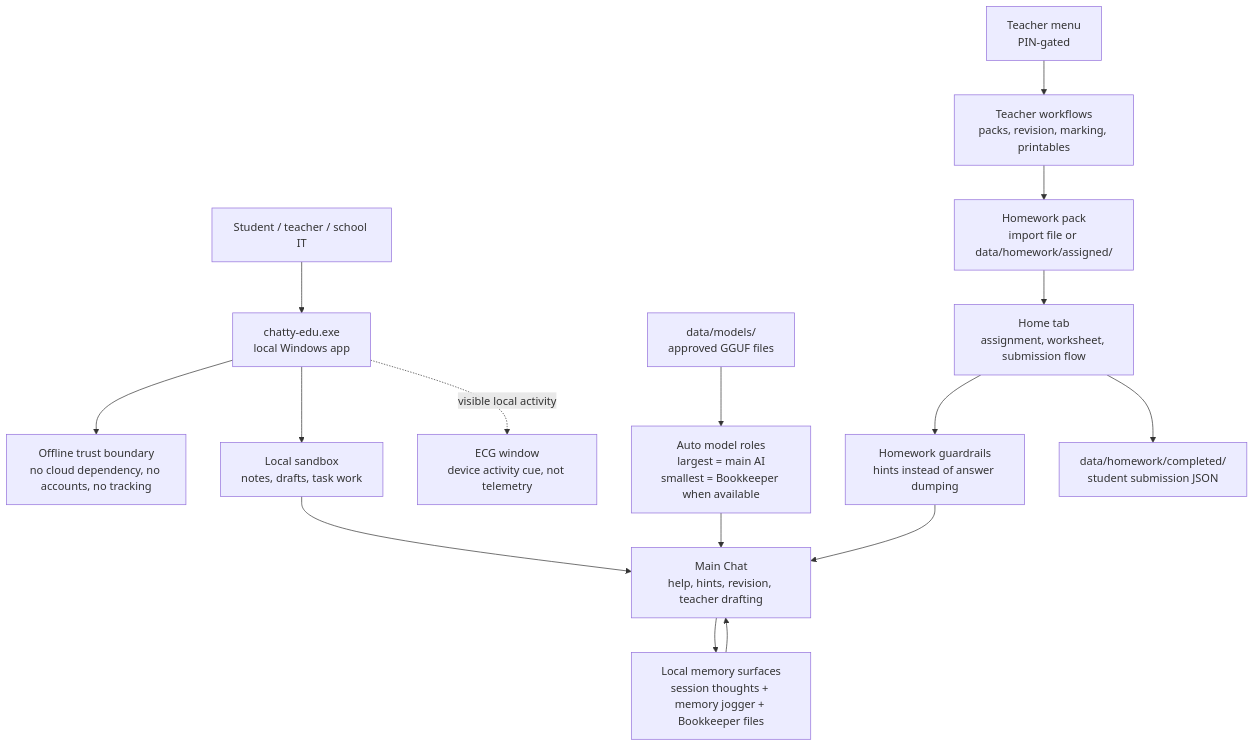
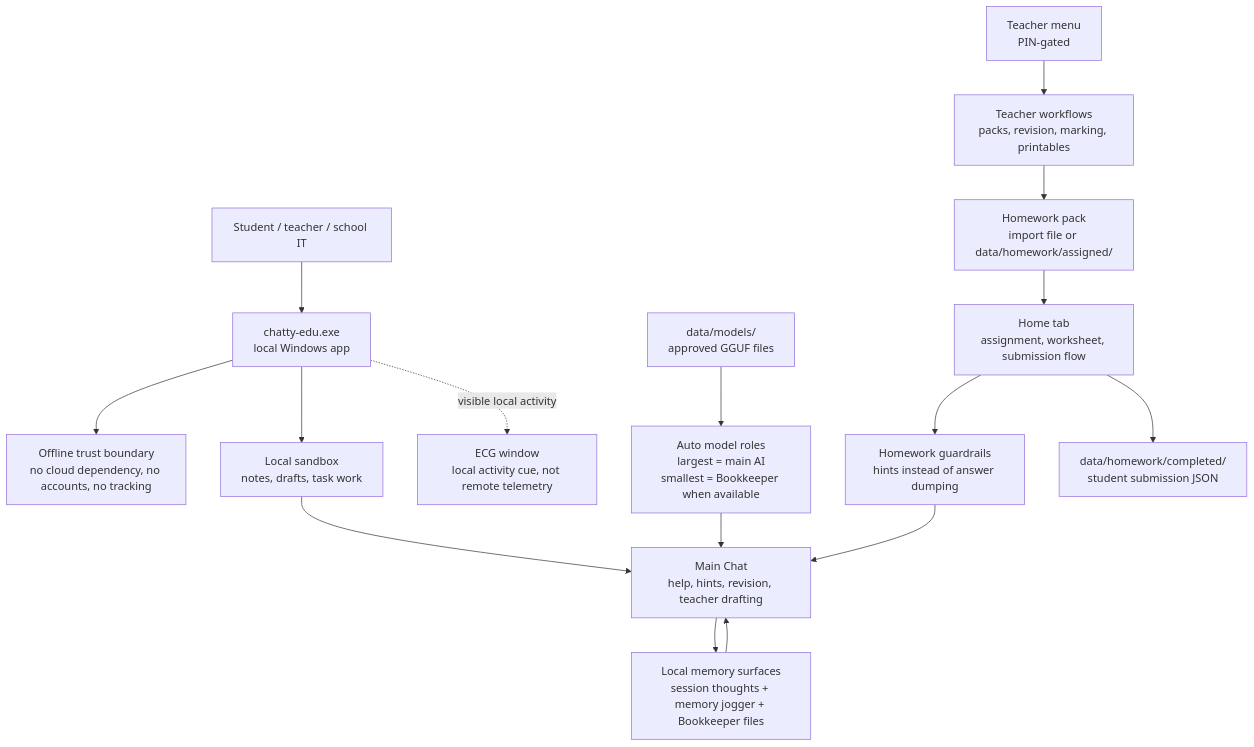
The diagram in README.md (instance001/chatty-edu-user), drawn with Mermaid before and after one commit. The commit also changed other lines of this file and 2 other files, not shown here.

Commit message:
Clarify Chatty EDU local telemetry boundary

````diff
--- a/README.md
+++ b/README.md
@@ -16,24 +16,24 @@
 ```mermaid
 flowchart TB
     user["Student / teacher / school IT"] --> exe["chatty-edu.exe<br/>local Windows app"]
     exe --> trust["Offline trust boundary<br/>no cloud dependency, no accounts, no tracking"]
 
     models["data/models/<br/>approved GGUF files"] --> roles["Auto model roles<br/>largest = main AI<br/>smallest = Bookkeeper when available"]
     roles --> chat["Main Chat<br/>help, hints, revision, teacher drafting"]
 
     packs["Homework pack<br/>import file or data/homework/assigned/"] --> home["Home tab<br/>assignment, worksheet, submission flow"]
     home --> guardrails["Homework guardrails<br/>hints instead of answer dumping"]
     guardrails --> chat
     home --> completed["data/homework/completed/<br/>student submission JSON"]
 
     teacher["Teacher menu<br/>PIN-gated"] --> teacherFlow["Teacher workflows<br/>packs, revision, marking, printables"]
     teacherFlow --> packs
 
     chat --> memory["Local memory surfaces<br/>session thoughts + memory jogger + Bookkeeper files"]
     memory --> chat
 
     exe --> sandbox["Local sandbox<br/>notes, drafts, task work"]
     sandbox --> chat
 
-    exe -. visible local activity .-> ecg["ECG window<br/>device activity cue, not telemetry"]
+    exe -. visible local activity .-> ecg["ECG window<br/>local activity cue, not remote telemetry"]
 ```
````
